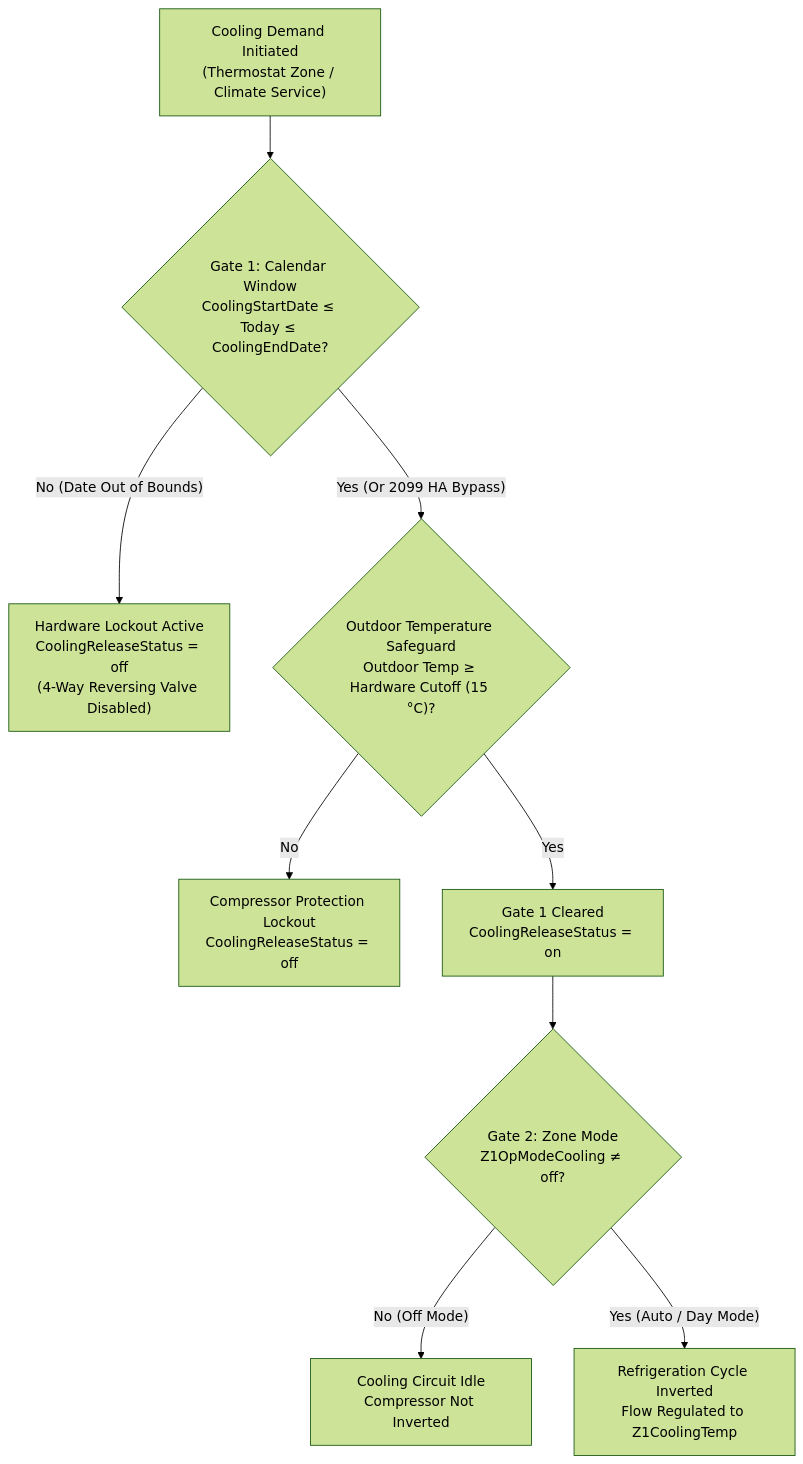
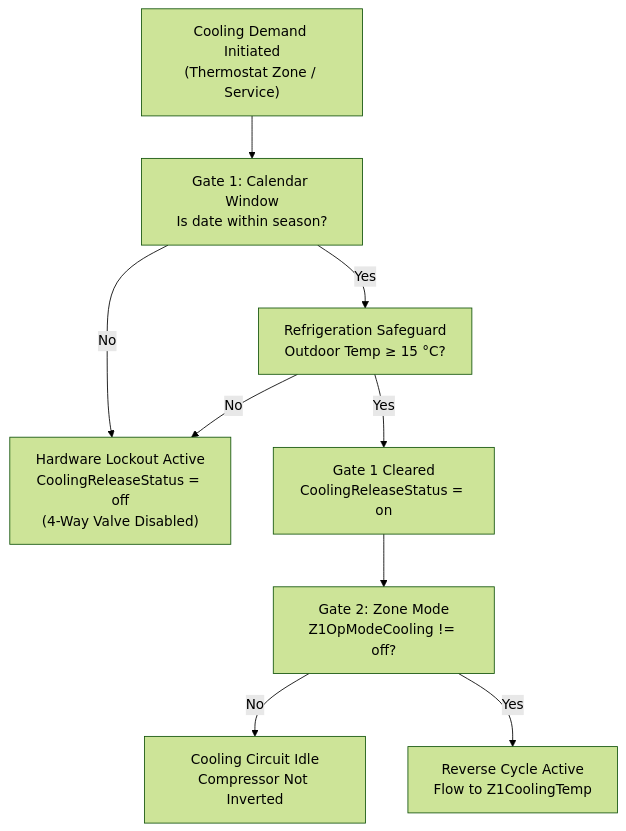
Before and after one commit to R91g/arotherm-genia-ebusd: the second of 3 diagrams in docs/technical_reference.md, drawn with Mermaid (forest theme). The commit also changed other lines of this file and 3 other files, not shown here.

First line of the commit message:
docs: fix KaTeX math formula syntax, refine flowchart nodes, and update unit test count to 38

````diff
--- a/docs/technical_reference.md
+++ b/docs/technical_reference.md
@@ -229,16 +229,16 @@
 ```mermaid
 flowchart TD
-    Req["Cooling Demand Initiated<br/>(Thermostat Zone / Climate Service)"] --> Gate1{"Gate 1: Calendar Window<br/>CoolingStartDate &le; Today &le; CoolingEndDate?"}
+    Req["Cooling Demand Initiated<br/>(Thermostat Zone / Service)"] --> Gate1["Gate 1: Calendar Window<br/>Is date within season?"]
     
-    Gate1 -- "No (Date Out of Bounds)" --> Lock1["Hardware Lockout Active<br/>CoolingReleaseStatus = off<br/>(4-Way Reversing Valve Disabled)"]
+    Gate1 -- No --> Lock1["Hardware Lockout Active<br/>CoolingReleaseStatus = off<br/>(4-Way Valve Disabled)"]
     
-    Gate1 -- "Yes (Or 2099 HA Bypass)" --> TempCheck{"Outdoor Temperature Safeguard<br/>Outdoor Temp &ge; Hardware Cutoff (15 °C)?"}
+    Gate1 -- Yes --> TempCheck["Refrigeration Safeguard<br/>Outdoor Temp ≥ 15 °C?"]
     
-    TempCheck -- "No" --> LockTemp["Compressor Protection Lockout<br/>CoolingReleaseStatus = off"]
-    TempCheck -- "Yes" --> Release["Gate 1 Cleared<br/>CoolingReleaseStatus = on"]
+    TempCheck -- No --> Lock1
+    TempCheck -- Yes --> Release["Gate 1 Cleared<br/>CoolingReleaseStatus = on"]
     
-    Release --> Gate2{"Gate 2: Zone Mode<br/>Z1OpModeCooling &ne; off?"}
+    Release --> Gate2["Gate 2: Zone Mode<br/>Z1OpModeCooling != off?"]
     
-    Gate2 -- "No (Off Mode)" --> OffMode["Cooling Circuit Idle<br/>Compressor Not Inverted"]
-    Gate2 -- "Yes (Auto / Day Mode)" --> ActiveCool["Refrigeration Cycle Inverted<br/>Flow Regulated to Z1CoolingTemp"]
+    Gate2 -- No --> OffMode["Cooling Circuit Idle<br/>Compressor Not Inverted"]
+    Gate2 -- Yes --> ActiveCool["Reverse Cycle Active<br/>Flow to Z1CoolingTemp"]
 ```
````
